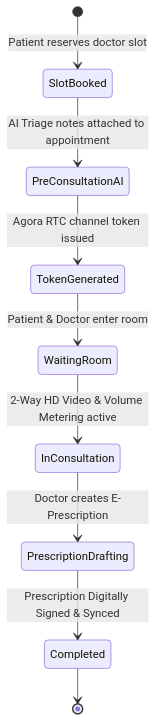
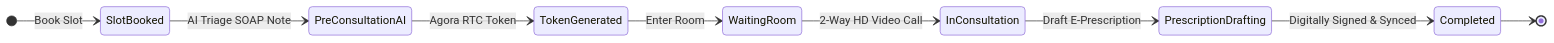
The tenth of 11 diagrams in README.md (pavanstarkin-tech/healthyxpress_medha), drawn with Mermaid before and after one commit. The commit also changed other lines of this file, not shown here.

Commit message:
Docs: Convert all flowcharts and state diagrams to horizontal (LR) orientation to prevent vertical window overflow

````diff
--- a/README.md
+++ b/README.md
@@ -455,11 +463,12 @@
 ```mermaid
 stateDiagram-v2
-    [*] --> SlotBooked: Patient reserves doctor slot
-    SlotBooked --> PreConsultationAI: AI Triage notes attached to appointment
-    PreConsultationAI --> TokenGenerated: Agora RTC channel token issued
-    TokenGenerated --> WaitingRoom: Patient & Doctor enter room
-    WaitingRoom --> InConsultation: 2-Way HD Video & Volume Metering active
-    InConsultation --> PrescriptionDrafting: Doctor creates E-Prescription
-    PrescriptionDrafting --> Completed: Prescription Digitally Signed & Synced
+    direction LR
+    [*] --> SlotBooked: Book Slot
+    SlotBooked --> PreConsultationAI: AI Triage SOAP Note
+    PreConsultationAI --> TokenGenerated: Agora RTC Token
+    TokenGenerated --> WaitingRoom: Enter Room
+    WaitingRoom --> InConsultation: 2-Way HD Video Call
+    InConsultation --> PrescriptionDrafting: Draft E-Prescription
+    PrescriptionDrafting --> Completed: Digitally Signed & Synced
     Completed --> [*]
 ```
````
